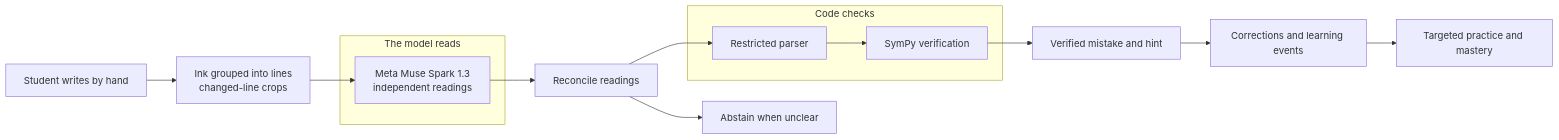
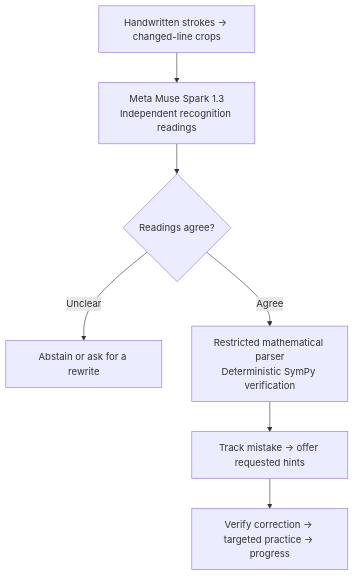
Before and after one commit to Brendan-Lim/Quack: the diagram in README.md, drawn with Mermaid. The commit also changed other lines of this file and 13 other files, not shown here.

````diff
--- a/README.md
+++ b/README.md
@@ -98,17 +110,10 @@
 ```mermaid
-flowchart LR
-    A[Student writes by hand] --> B[Ink grouped into lines<br/>changed-line crops]
-    subgraph model [The model reads]
-        C[Meta Muse Spark 1.3<br/>independent readings]
-    end
-    B --> C
-    C --> D[Reconcile readings]
-    subgraph code [Code checks]
-        E[Restricted parser] --> F[SymPy verification]
-    end
-    D --> E
-    D --> K[Abstain when unclear]
-    F --> G[Verified mistake and hint]
-    G --> H[Corrections and learning events]
-    H --> I[Targeted practice and mastery]
+flowchart TD
+    A[Handwritten strokes → changed-line crops]
+    A --> B[Meta Muse Spark 1.3<br/>Independent recognition readings]
+    B --> C{Readings agree?}
+    C -->|Unclear| D[Abstain or ask for a rewrite]
+    C -->|Agree| E[Restricted mathematical parser<br/>Deterministic SymPy verification]
+    E --> F[Track mistake → offer requested hints]
+    F --> G[Verify correction → targeted practice → progress]
 ```
````
